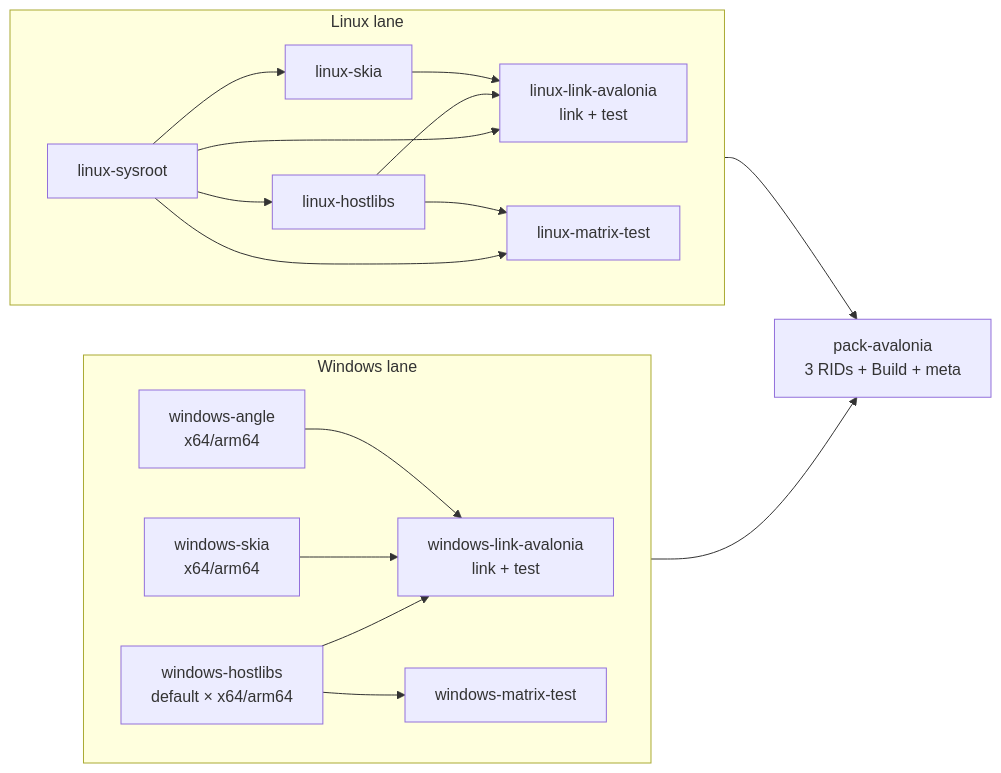
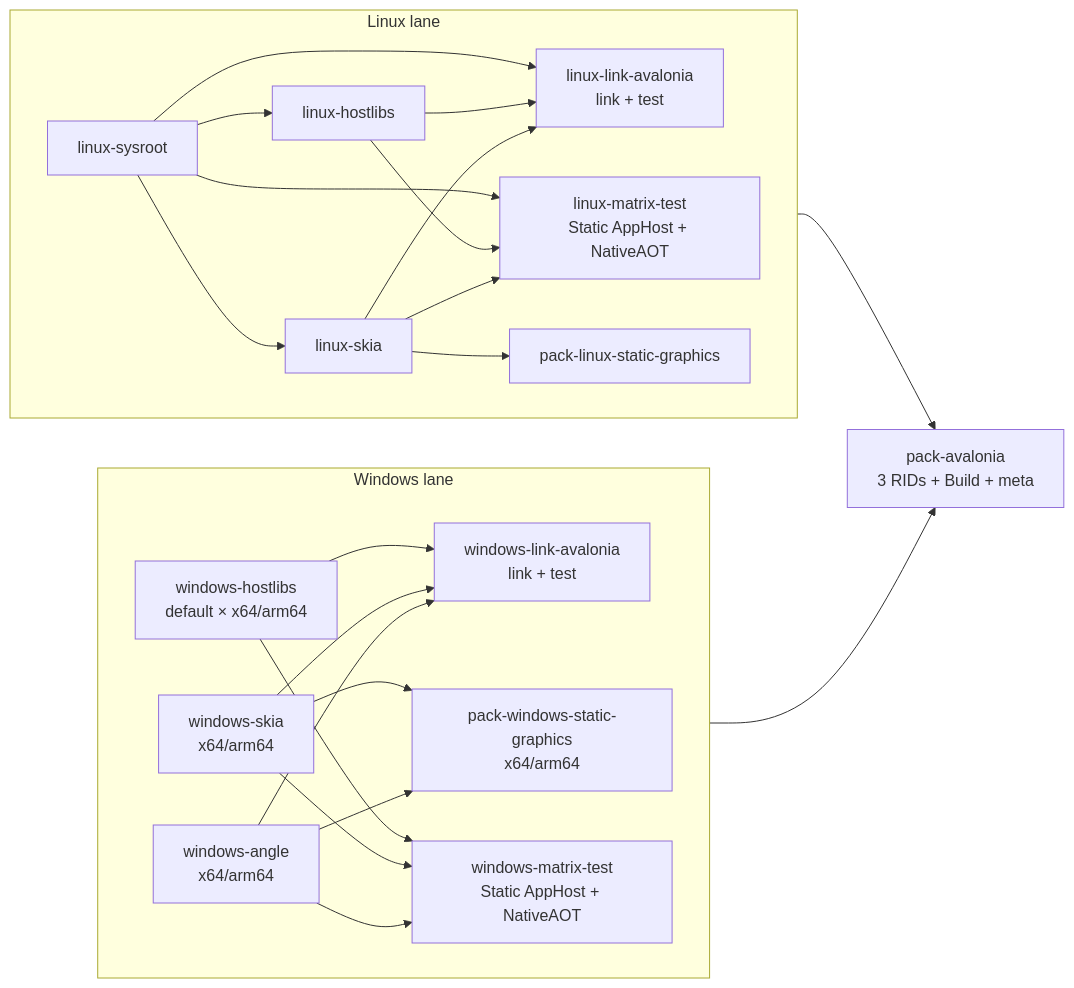
Before and after one commit to chsbuffer/HostForge: the diagram in DEVELOPMENT.md, drawn with Mermaid. The commit also changed other lines of this file and 23 other files, not shown here.

Commit message:
Add static graphics packages and NativeAOT matrix

````diff
--- a/DEVELOPMENT.md
+++ b/DEVELOPMENT.md
@@ -200,38 +211,46 @@
 ```mermaid
 flowchart LR
     subgraph W["Windows lane"]
         direction LR
         WH["windows-hostlibs<br/>default × x64/arm64"]
         WS["windows-skia<br/>x64/arm64"]
         WA["windows-angle<br/>x64/arm64"]
+        WPG["pack-windows-static-graphics<br/>x64/arm64"]
         WLA["windows-link-avalonia<br/>link + test"]
-        WM["windows-matrix-test"]
+        WM["windows-matrix-test<br/>Static AppHost + NativeAOT"]
 
         WH --> WLA
         WS --> WLA
         WA --> WLA
+        WS --> WPG
+        WA --> WPG
         WH --> WM
+        WS --> WM
+        WA --> WM
     end
 
     subgraph L["Linux lane"]
         direction LR
         LSY["linux-sysroot"]
         LH["linux-hostlibs"]
         LS["linux-skia"]
+        LPG["pack-linux-static-graphics"]
         LLA["linux-link-avalonia<br/>link + test"]
-        LM["linux-matrix-test"]
+        LM["linux-matrix-test<br/>Static AppHost + NativeAOT"]
 
         LSY --> LH
         LSY --> LS
         LSY --> LLA
         LSY --> LM
         LH --> LLA
         LS --> LLA
+        LS --> LPG
         LH --> LM
+        LS --> LM
     end
 
     PA["pack-avalonia<br/>3 RIDs + Build + meta"]
 
     WLA --> PA
     LLA --> PA
 ```
````
